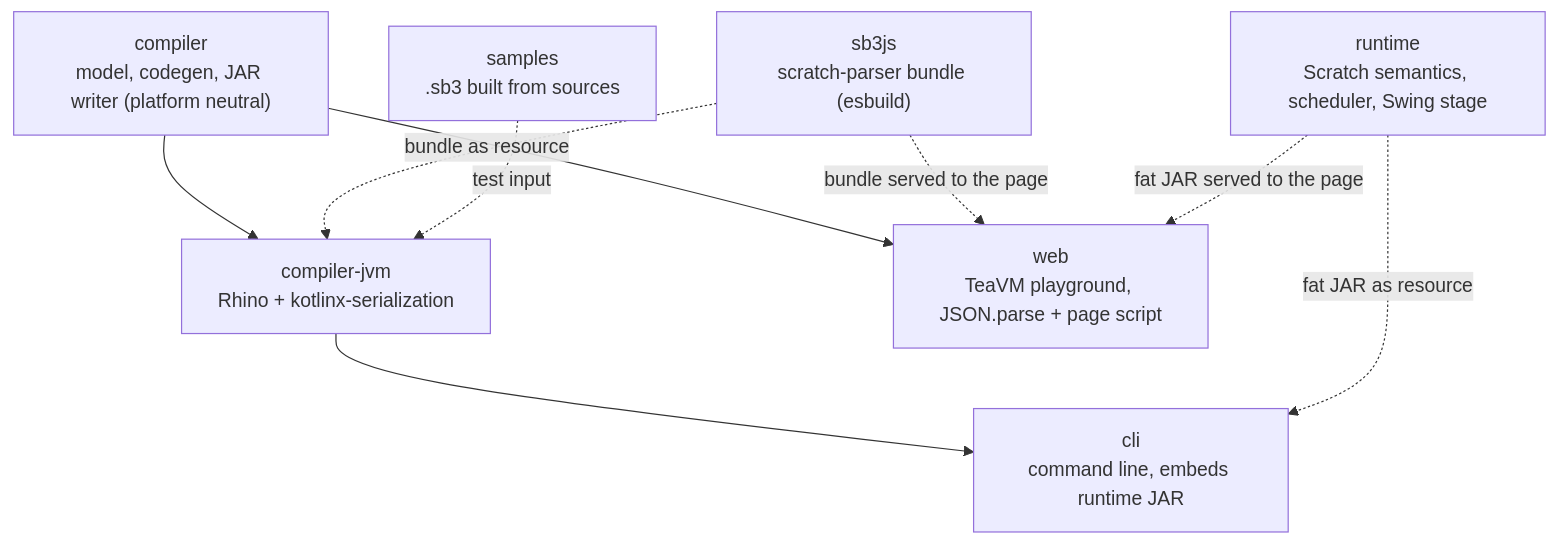
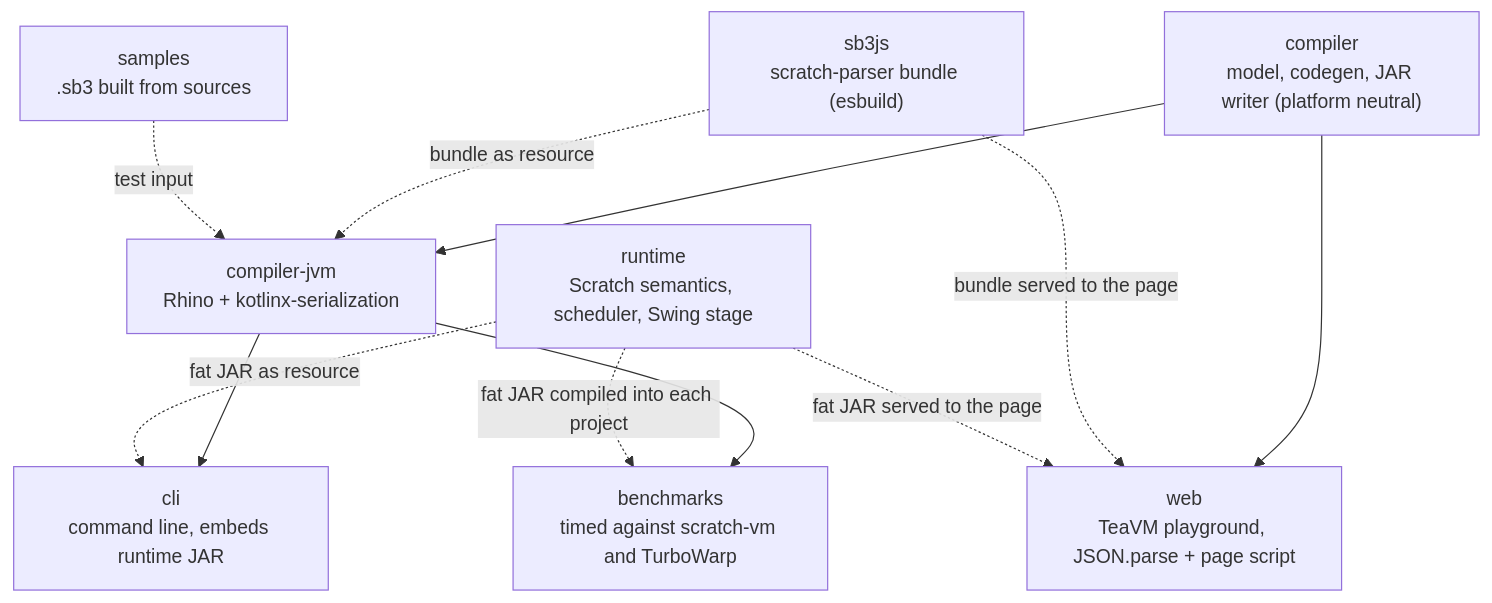
Before and after one commit to AstroBlocksMod/jScratch: the third of 3 diagrams in docs/architecture.md, drawn with Mermaid. The commit also changed 35 other files, not shown here.

First line of the commit message:
Add benchmarks against scratch-vm and TurboWarp

````diff
--- a/docs/architecture.md
+++ b/docs/architecture.md
@@ -80,18 +80,21 @@
 ```mermaid
 flowchart TD
     sb3js["sb3js<br>scratch-parser bundle (esbuild)"]
     runtime["runtime<br>Scratch semantics, scheduler, Swing stage"]
     compiler["compiler<br>model, codegen, JAR writer (platform neutral)"]
     compilerJvm["compiler-jvm<br>Rhino + kotlinx-serialization"]
     cli["cli<br>command line, embeds runtime JAR"]
     web["web<br>TeaVM playground, JSON.parse + page script"]
     samples["samples<br>.sb3 built from sources"]
+    benchmarks["benchmarks<br>timed against scratch-vm and TurboWarp"]
     compiler --> compilerJvm
     compiler --> web
     compilerJvm --> cli
+    compilerJvm --> benchmarks
+    runtime -. fat JAR compiled into each project .-> benchmarks
     sb3js -. bundle as resource .-> compilerJvm
     sb3js -. bundle served to the page .-> web
     runtime -. fat JAR as resource .-> cli
     runtime -. fat JAR served to the page .-> web
     samples -. test input .-> compilerJvm
 ```
````
